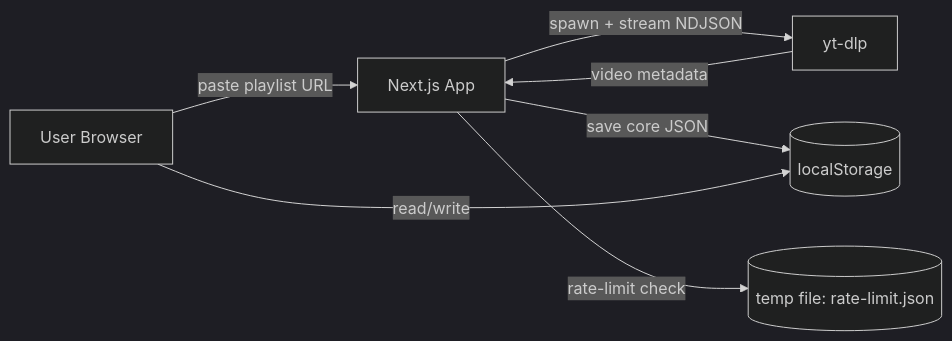
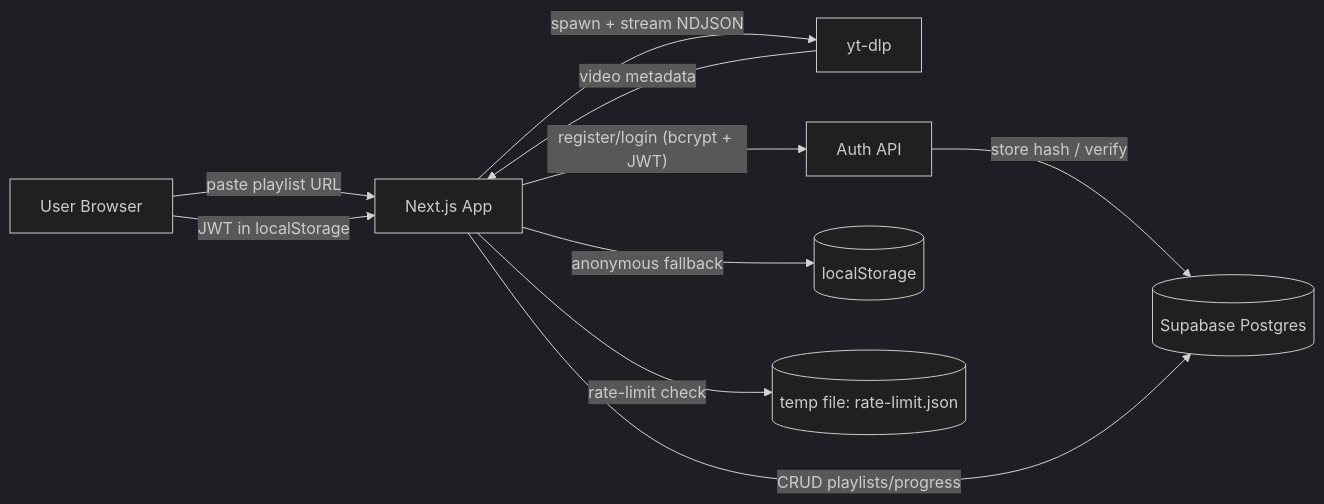
The first of 5 diagrams in docs/hld.md (Sayantan-B-dev/Ex_TrackTube), drawn with Mermaid (dark theme) before and after one commit. The commit also changed other lines of this file and 4 other files, not shown here.

First line of the commit message:
docs: document Supabase migration, auth and CRUD API

````diff
--- a/docs/hld.md
+++ b/docs/hld.md
@@ -5,9 +5,12 @@
 ```mermaid
 flowchart LR
     U[User Browser] -->|"paste playlist URL"| W[Next.js App]
     W -->|"spawn + stream NDJSON"| Y[yt-dlp]
     Y -->|"video metadata"| W
-    W -->|"save core JSON"| LS[(localStorage)]
-    U -->|"read/write"| LS
+    W -->|"register/login (bcrypt + JWT)"| A[Auth API]
+    A -->|"store hash / verify"| DB[(Supabase Postgres)]
+    W -->|"CRUD playlists/progress"| DB
+    U -->|"JWT in localStorage"| W
+    W -->|"anonymous fallback"| LS[(localStorage)]
     W -->|"rate-limit check"| RL[(temp file: rate-limit.json)]
 ```
````
